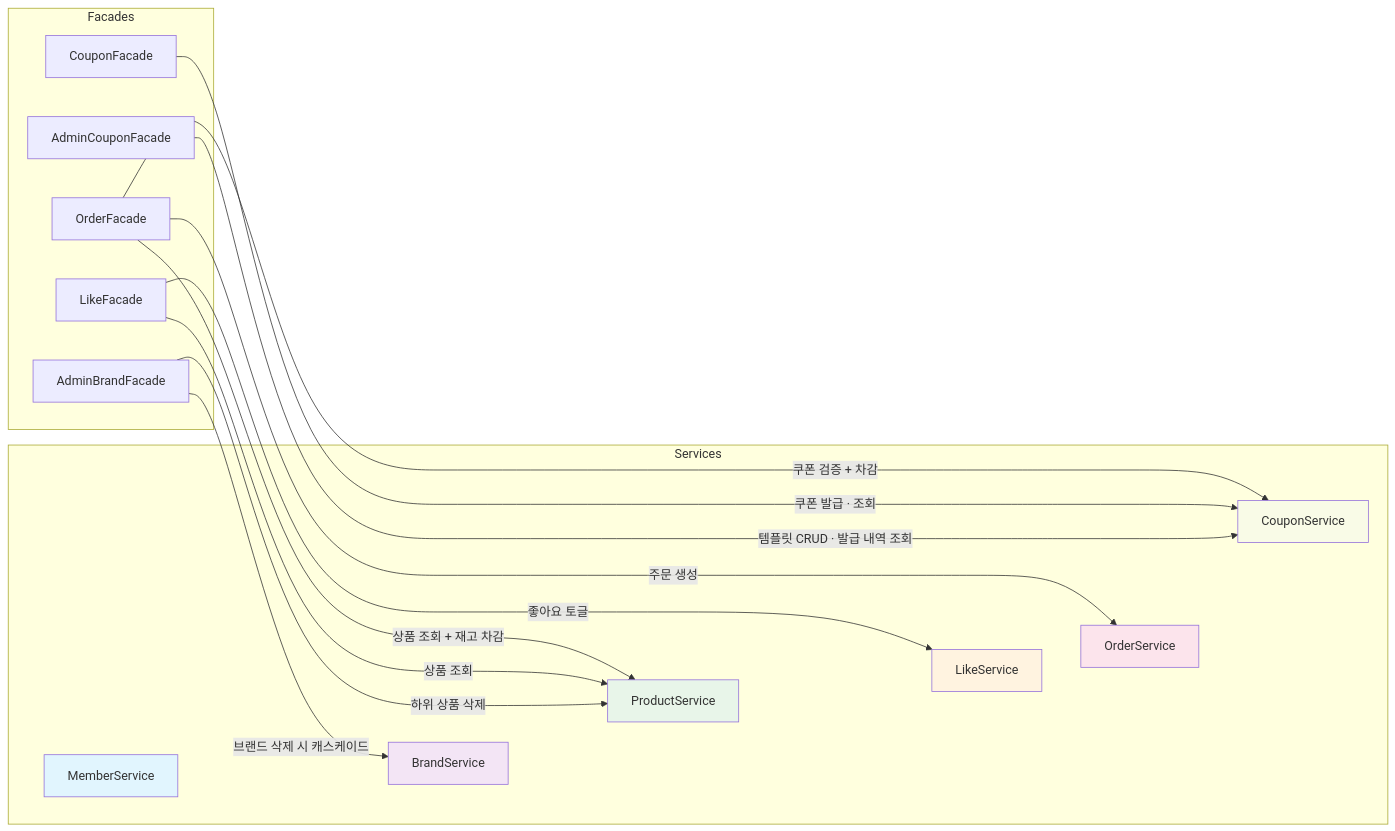
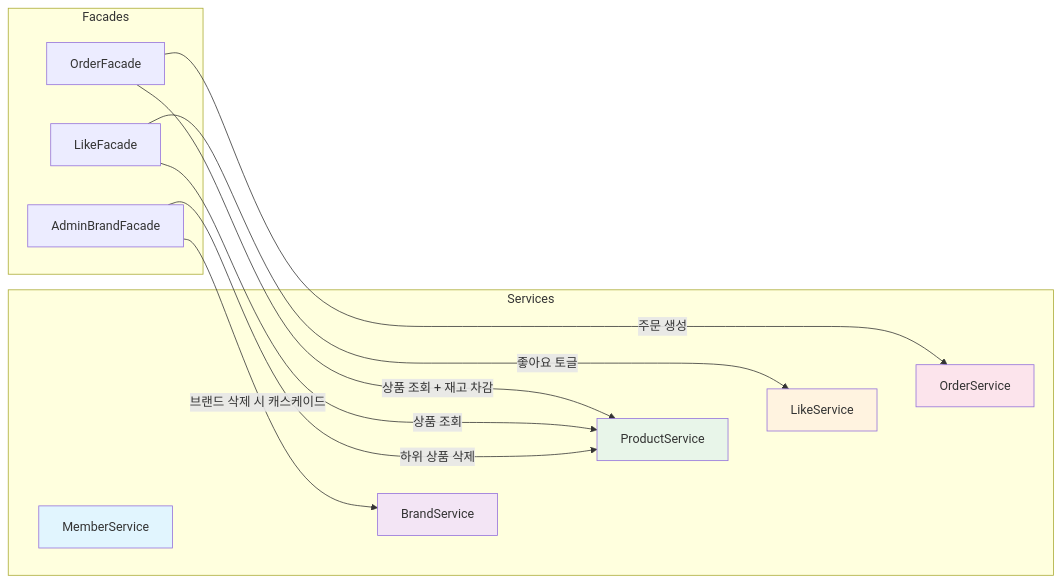
One commit to Loopers-dev-lab/loop-pack-be-l2-vol3-kotlin changed the seventh of 8 diagrams in docs/design/05-architecture.md. Above: the diagram before and after it, drawn with Mermaid. The commit also changed other lines of this file and 111 other files, not shown here.

````diff
--- a/docs/design/05-architecture.md
+++ b/docs/design/05-architecture.md
@@ -515,42 +498,34 @@
 ```mermaid
 graph LR
     subgraph Facades
         OF["OrderFacade"]
         LF["LikeFacade"]
         ABF["AdminBrandFacade"]
-        CF["CouponFacade"]
-        ACF["AdminCouponFacade"]
     end
 
     subgraph Services
         MS["MemberService"]
         BS["BrandService"]
         PS["ProductService"]
         LS["LikeService"]
         OS["OrderService"]
-        CS["CouponService"]
     end
 
     OF -->|상품 조회 + 재고 차감| PS
     OF -->|주문 생성| OS
-    OF -->|쿠폰 검증 + 차감| CS
     LF -->|좋아요 토글| LS
     LF -->|상품 조회| PS
     ABF -->|브랜드 삭제 시 캐스케이드| BS
     ABF -->|하위 상품 삭제| PS
-    CF -->|쿠폰 발급 · 조회| CS
-    ACF -->|템플릿 CRUD · 발급 내역 조회| CS
 
     MS ~~~ BS
     BS ~~~ PS
     PS ~~~ LS
     LS ~~~ OS
-    OS ~~~ CS
 
     style MS fill:#e1f5fe
     style BS fill:#f3e5f5
     style PS fill:#e8f5e9
     style LS fill:#fff3e0
     style OS fill:#fce4ec
-    style CS fill:#f9fbe7
 ```
````
